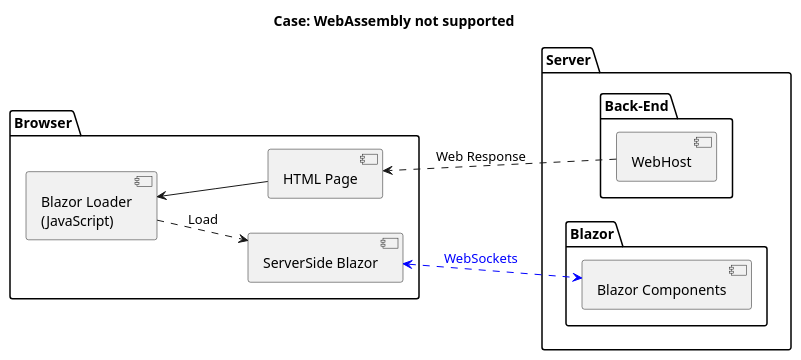
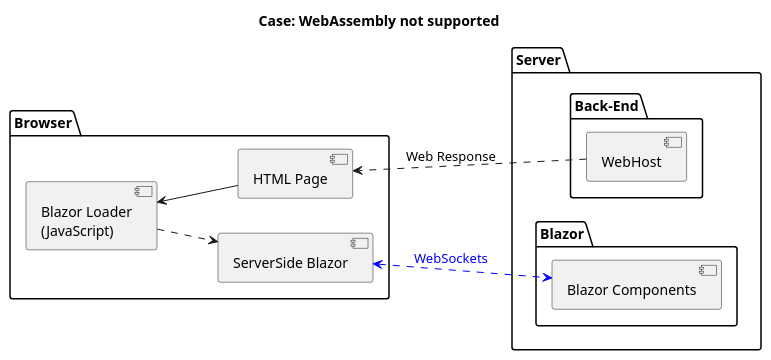
The diagram in doc/diagrams/NotWasm-Components.puml (isc30/instant-blazor), drawn with PlantUML before and after one commit. The commit also changed 1 other file, not shown here.

```diff
--- a/doc/diagrams/NotWasm-Components.puml
+++ b/doc/diagrams/NotWasm-Components.puml
@@ -1,34 +1,34 @@
 @startuml
 
 title Case: WebAssembly not supported
 
 skinparam componentStyle uml2
 left to right direction
 
 package "Server" {
 
     package "Blazor" {
         component "Blazor Components" as BlazorComponents
     }
 
     package "Back-End" as BackEnd {
         component "WebHost" as Host
     }
 
 }
 
 package "Browser" as FrontEnd {
 
     component "HTML Page" as Html
     component "Blazor Loader\n(JavaScript)" as Loader
     component "ServerSide Blazor" as BlazorServer
 
 }
 
 Host .> Html : Web Response
 Loader <-- Html
 
-Loader ..> BlazorServer : Load
+Loader ..> BlazorServer
 BlazorServer <.[#blue].> BlazorComponents : <color blue>WebSockets</color>
 
 @enduml
```
